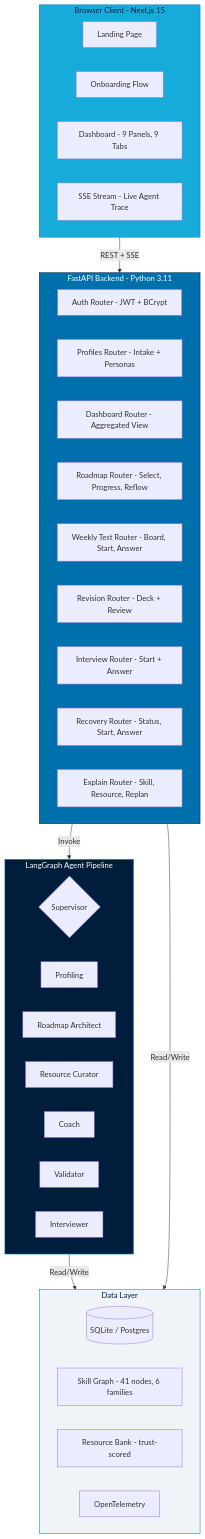
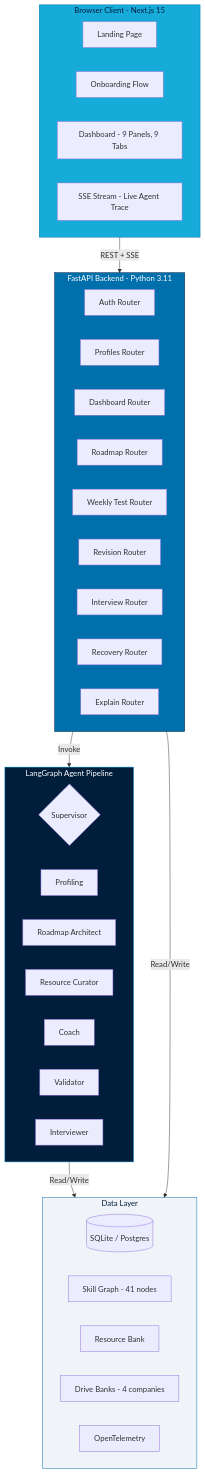
Before and after one commit to Monisha-1508/SKILLSYNC_AI: the first of 5 diagrams in README.md, drawn with Mermaid. The commit also changed other lines of this file, not shown here.

````diff
--- a/README.md
+++ b/README.md
@@ -96,48 +96,49 @@
 ```mermaid
 graph TB
     subgraph CLIENT["Browser Client - Next.js 15"]
         LP[Landing Page]
         OB[Onboarding Flow]
         DB[Dashboard - 9 Panels, 9 Tabs]
         SSE[SSE Stream - Live Agent Trace]
     end
 
     subgraph GATEWAY["FastAPI Backend - Python 3.11"]
-        AUTH[Auth Router - JWT + BCrypt]
-        PROF[Profiles Router - Intake + Personas]
-        DASH[Dashboard Router - Aggregated View]
-        RM[Roadmap Router - Select, Progress, Reflow]
-        WT[Weekly Test Router - Board, Start, Answer]
-        REV[Revision Router - Deck + Review]
-        INT[Interview Router - Start + Answer]
-        REC[Recovery Router - Status, Start, Answer]
-        EXP[Explain Router - Skill, Resource, Replan]
+        AUTH[Auth Router]
+        PROF[Profiles Router]
+        DASH[Dashboard Router]
+        RM[Roadmap Router]
+        WT[Weekly Test Router]
+        REV[Revision Router]
+        INT[Interview Router]
+        REC[Recovery Router]
+        EXP[Explain Router]
     end
 
     subgraph PIPELINE["LangGraph Agent Pipeline"]
         SUP{Supervisor}
         AG1[Profiling]
         AG2[Roadmap Architect]
         AG3[Resource Curator]
         AG4[Coach]
         AG5[Validator]
         AG6[Interviewer]
     end
 
     subgraph DATA["Data Layer"]
         DB2[(SQLite / Postgres)]
-        GRAPH[Skill Graph - 41 nodes, 6 families]
-        RBANK[Resource Bank - trust-scored]
+        GRAPH[Skill Graph - 41 nodes]
+        RBANK[Resource Bank]
+        DBANK[Drive Banks - 4 companies]
         OTEL[OpenTelemetry]
     end
 
     CLIENT -->|REST + SSE| GATEWAY
     GATEWAY -->|Invoke| PIPELINE
     PIPELINE -->|Read/Write| DATA
     GATEWAY -->|Read/Write| DATA
 
     style CLIENT fill:#17ABDA,color:#001E3C,stroke:#0070AD
     style GATEWAY fill:#0070AD,color:#ffffff,stroke:#001E3C
     style PIPELINE fill:#001E3C,color:#ffffff,stroke:#17ABDA
     style DATA fill:#F0F4F8,color:#001E3C,stroke:#0070AD
 ```
````
